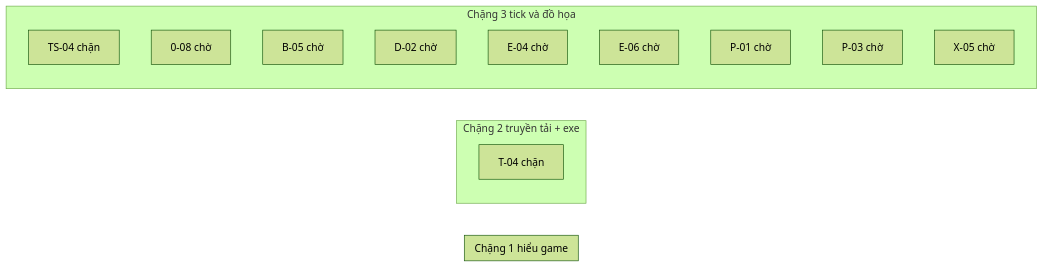
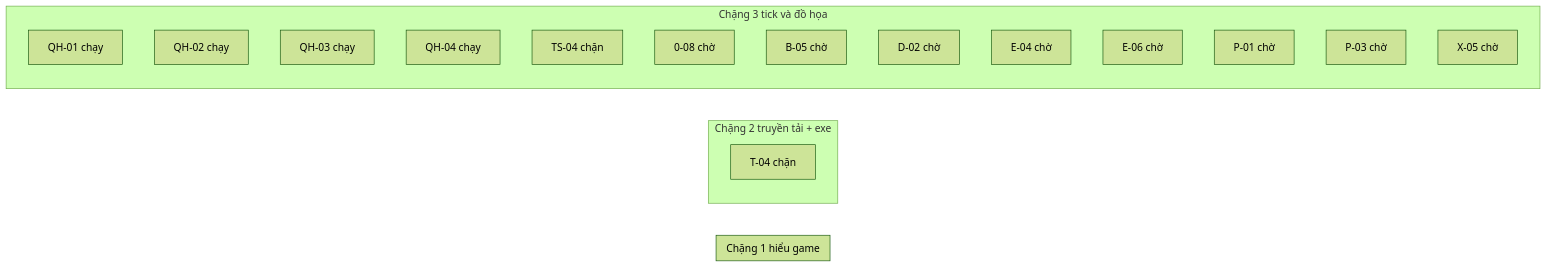
The diagram in JX1_OPS/STATE/TIEN-DO.md (ndtangoss-dev/jx1-reports), drawn with Mermaid (forest theme) before and after one commit. The commit also changed other lines of this file and 4 other files, not shown here.

````diff
--- a/JX1_OPS/STATE/TIEN-DO.md
+++ b/JX1_OPS/STATE/TIEN-DO.md
@@ -9,19 +9,23 @@
 ```mermaid
 flowchart LR
   subgraph S1["Chặng 1 hiểu game"]
   end
   subgraph S2["Chặng 2 truyền tải + exe"]
     T_04["T-04 chặn"]
   end
   subgraph S3["Chặng 3 tick và đồ họa"]
+    QH_01["QH-01 chạy"]
+    QH_02["QH-02 chạy"]
+    QH_03["QH-03 chạy"]
+    QH_04["QH-04 chạy"]
     TS_04["TS-04 chặn"]
     0_08["0-08 chờ"]
     B_05["B-05 chờ"]
     D_02["D-02 chờ"]
     E_04["E-04 chờ"]
     E_06["E-06 chờ"]
     P_01["P-01 chờ"]
     P_03["P-03 chờ"]
     X_05["X-05 chờ"]
   end
 ```
````
